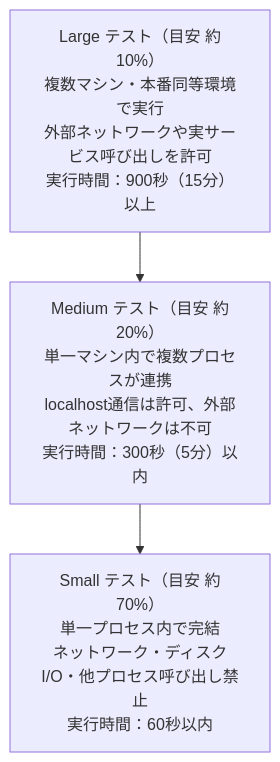
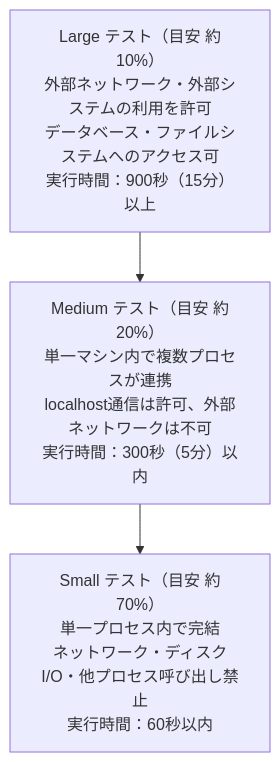
The third of 7 diagrams in How-google-tests-software-guide.md (myoshi2891/Quality-Assurance-Studies), drawn with Mermaid before and after one commit. The commit also changed other lines of this file and 1 other file, not shown here.

Commit message:
docs: clarify test size definitions and Kent Beck test properties

````diff
--- a/How-google-tests-software-guide.md
+++ b/How-google-tests-software-guide.md
@@ -119,7 +119,7 @@
 ```mermaid
 flowchart TB
-    L["Large テスト（目安 約10%）<br/>複数マシン・本番同等環境で実行<br/>外部ネットワークや実サービス呼び出しを許可<br/>実行時間：900秒（15分）以上"]
+    L["Large テスト（目安 約10%）<br/>外部ネットワーク・外部システムの利用を許可<br/>データベース・ファイルシステムへのアクセス可<br/>実行時間：900秒（15分）以上"]
     M["Medium テスト（目安 約20%）<br/>単一マシン内で複数プロセスが連携<br/>localhost通信は許可、外部ネットワークは不可<br/>実行時間：300秒（5分）以内"]
     S["Small テスト（目安 約70%）<br/>単一プロセス内で完結<br/>ネットワーク・ディスクI/O・他プロセス呼び出し禁止<br/>実行時間：60秒以内"]
     L --> M --> S
 ```
````
